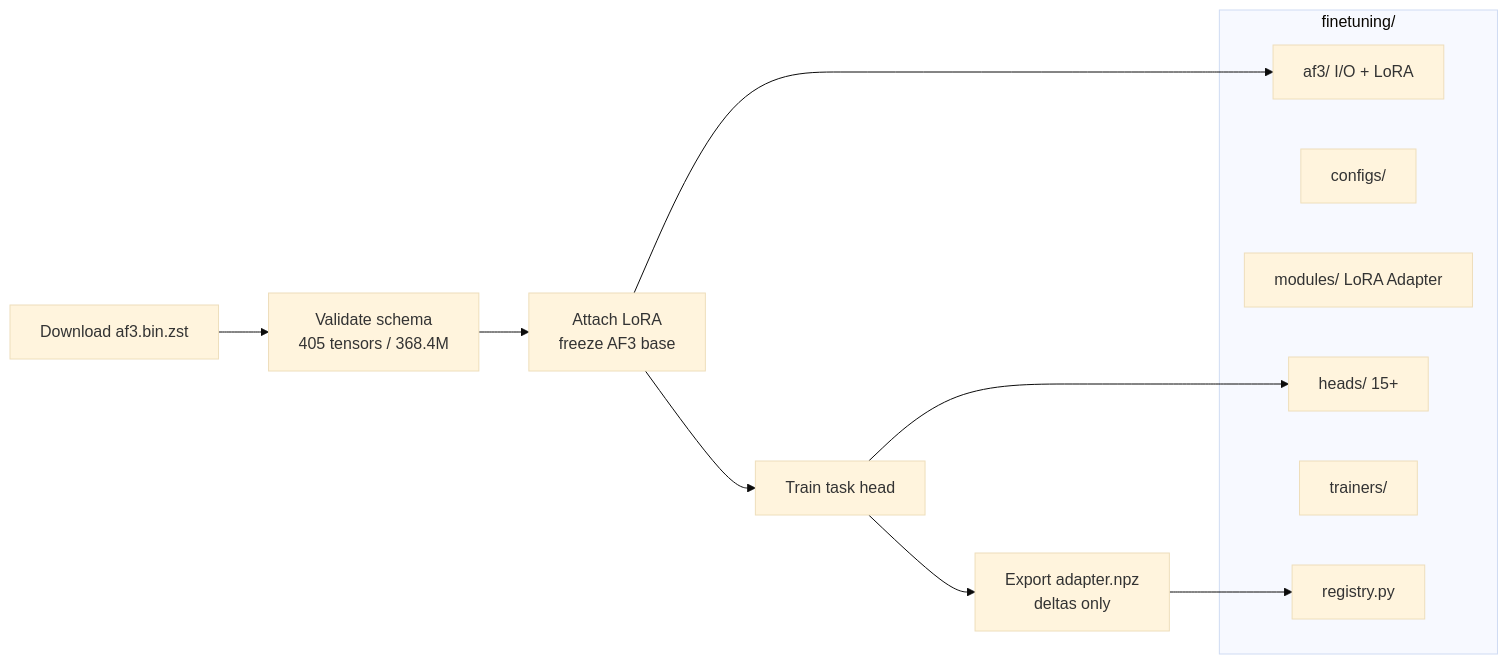
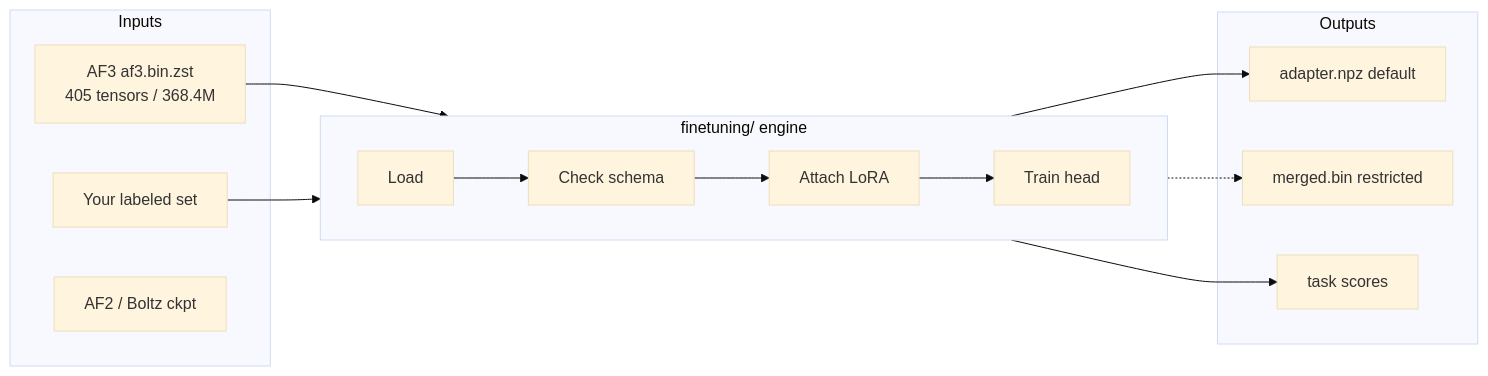
Before and after one commit to chenxingqiang/alphafold-notebooks: the diagram in README.md, drawn with Mermaid (base theme). The commit also changed other lines of this file and 1 other file, not shown here.

Commit message:
docs: redraw architecture as a three-column system figure
Replace the stacked-card SVG with a left-to-right architecture:
inputs (weights, data, other ckpts), the finetuning/ engine
(load-check-adapt-train plus modules and a compliance guard),
and outputs (adapter default vs restricted merge vs scores).
Keep the figure GitHub-safe (inline attributes, no CSS/filters)
and update the Mermaid fallback to match.

````diff
--- a/README.md
+++ b/README.md
@@ -32,20 +34,27 @@
 ```mermaid
 flowchart LR
-  W["Download af3.bin.zst"] --> V["Validate schema<br/>405 tensors / 368.4M"]
-  V --> L["Attach LoRA<br/>freeze AF3 base"]
-  L --> H["Train task head"]
-  H --> A["Export adapter.npz<br/>deltas only"]
-
-  subgraph framework ["finetuning/"]
-    AF3["af3/ I/O + LoRA"]
-    CFG["configs/"]
-    MOD["modules/ LoRA Adapter"]
-    HD["heads/ 15+"]
-    TR["trainers/"]
-    REG["registry.py"]
+  subgraph IN["Inputs"]
+    W["AF3 af3.bin.zst<br/>405 tensors / 368.4M"]
+    D["Your labeled set"]
+    O["AF2 / Boltz ckpt"]
   end
 
-  L --> AF3
-  H --> HD
-  A --> REG
+  subgraph ENG["finetuning/ engine"]
+    direction LR
+    L["Load"] --> C["Check schema"]
+    C --> A["Attach LoRA"]
+    A --> T["Train head"]
+  end
+
+  subgraph OUT["Outputs"]
+    AD["adapter.npz  default"]
+    MG["merged.bin  restricted"]
+    SC["task scores"]
+  end
+
+  W --> L
+  D --> T
+  T --> AD
+  T --> SC
+  A -.-> MG
 ```
````
